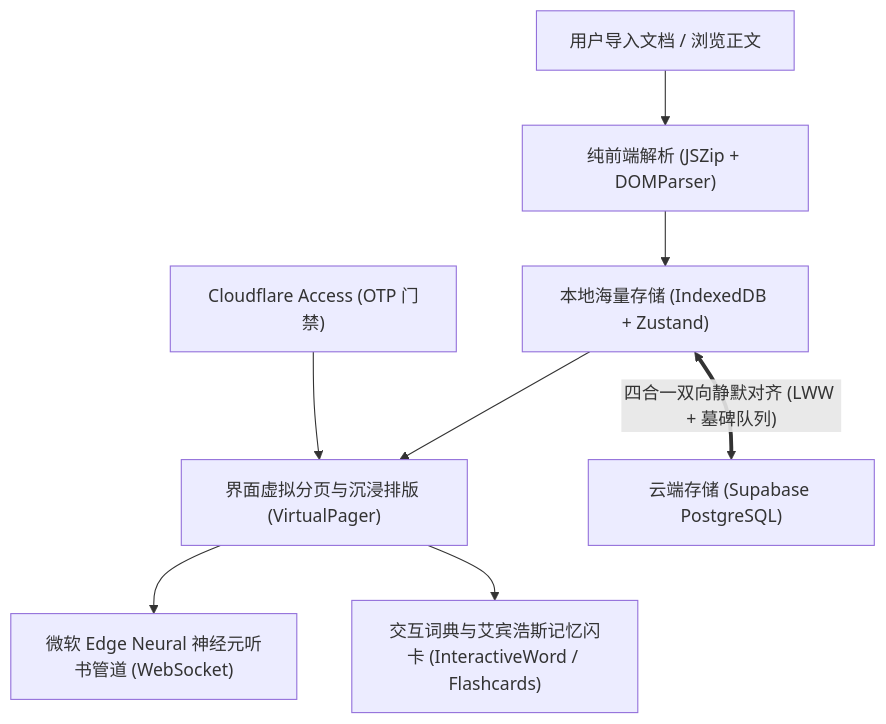
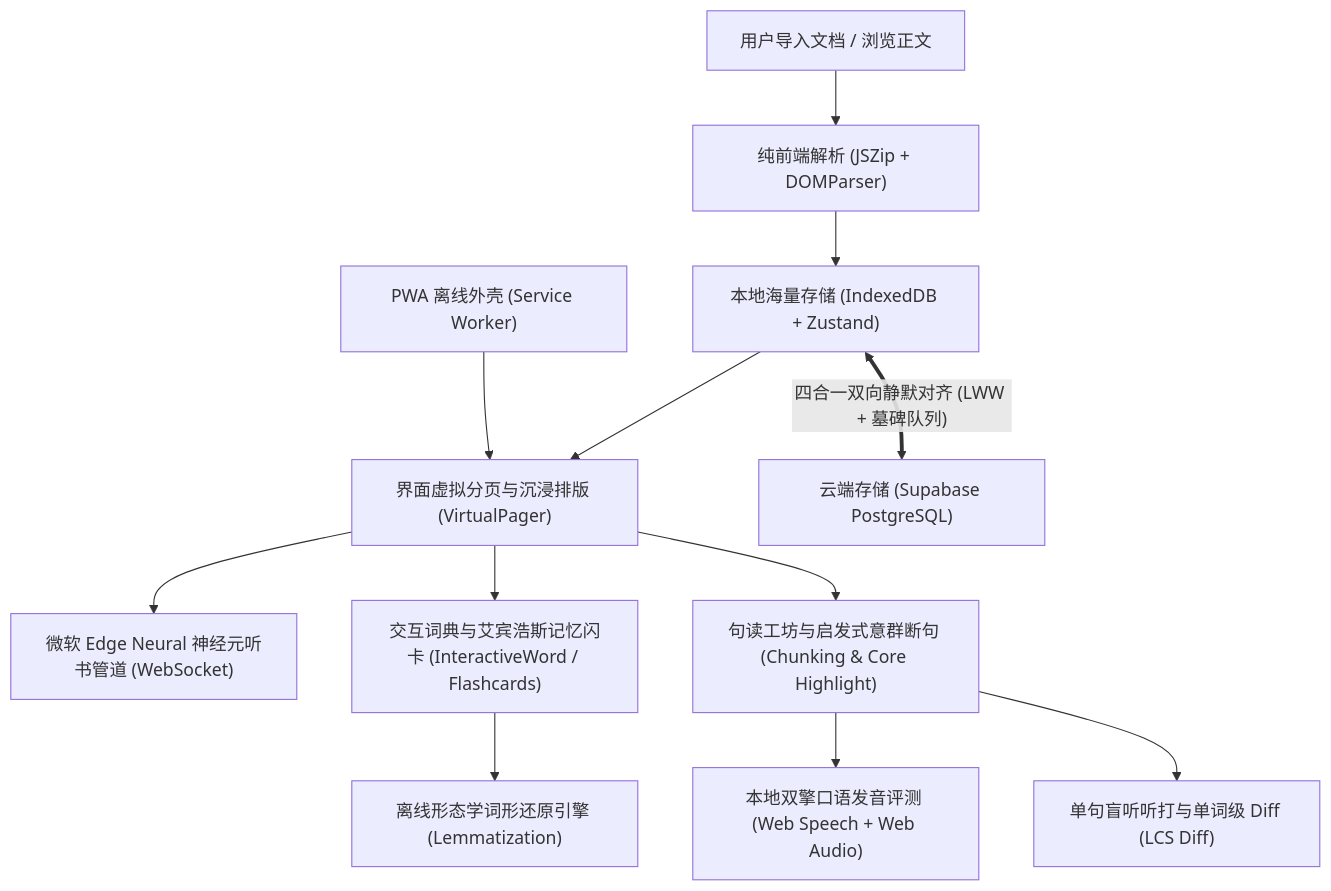
Before and after one commit to whyzl2003/immersive-reader: the diagram in .agents/skills/offline-first-reader/SKILL.md, drawn with Mermaid. The commit also changed other lines of this file and 5 other files, not shown here.

````diff
--- a/.agents/skills/offline-first-reader/SKILL.md
+++ b/.agents/skills/offline-first-reader/SKILL.md
@@ -20,10 +21,14 @@
 ```mermaid
 flowchart TD
     A["用户导入文档 / 浏览正文"] --> B["纯前端解析 (JSZip + DOMParser)"]
     B --> C["本地海量存储 (IndexedDB + Zustand)"]
     C --> D["界面虚拟分页与沉浸排版 (VirtualPager)"]
     D --> E["微软 Edge Neural 神经元听书管道 (WebSocket)"]
     D --> F["交互词典与艾宾浩斯记忆闪卡 (InteractiveWord / Flashcards)"]
+    D --> SR["句读工坊与启发式意群断句 (Chunking & Core Highlight)"]
+    SR --> SE["本地双擎口语发音评测 (Web Speech + Web Audio)"]
+    SR --> SD["单句盲听听打与单词级 Diff (LCS Diff)"]
+    F --> LM["离线形态学词形还原引擎 (Lemmatization)"]
     C <== "四合一双向静默对齐 (LWW + 墓碑队列)" ==> G["云端存储 (Supabase PostgreSQL)"]
-    H["Cloudflare Access (OTP 门禁)"] --> D
+    PWA["PWA 离线外壳 (Service Worker)"] --> D
 ```
````
